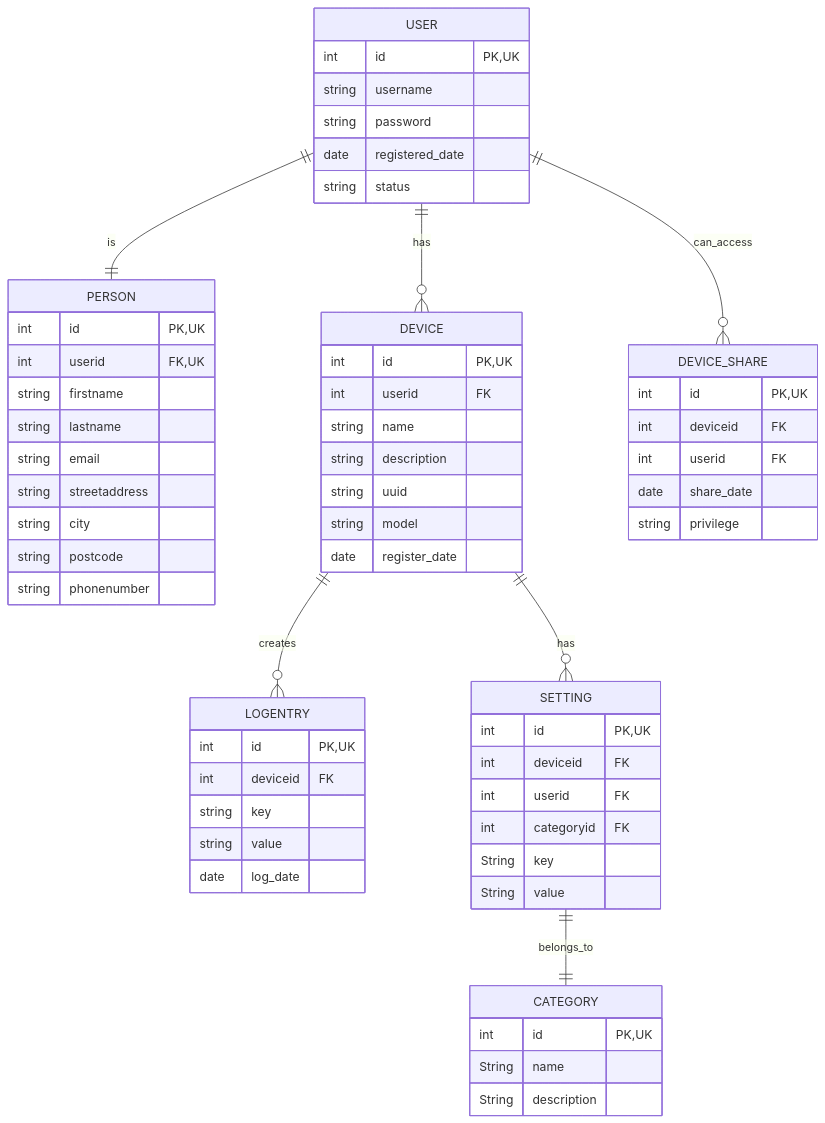
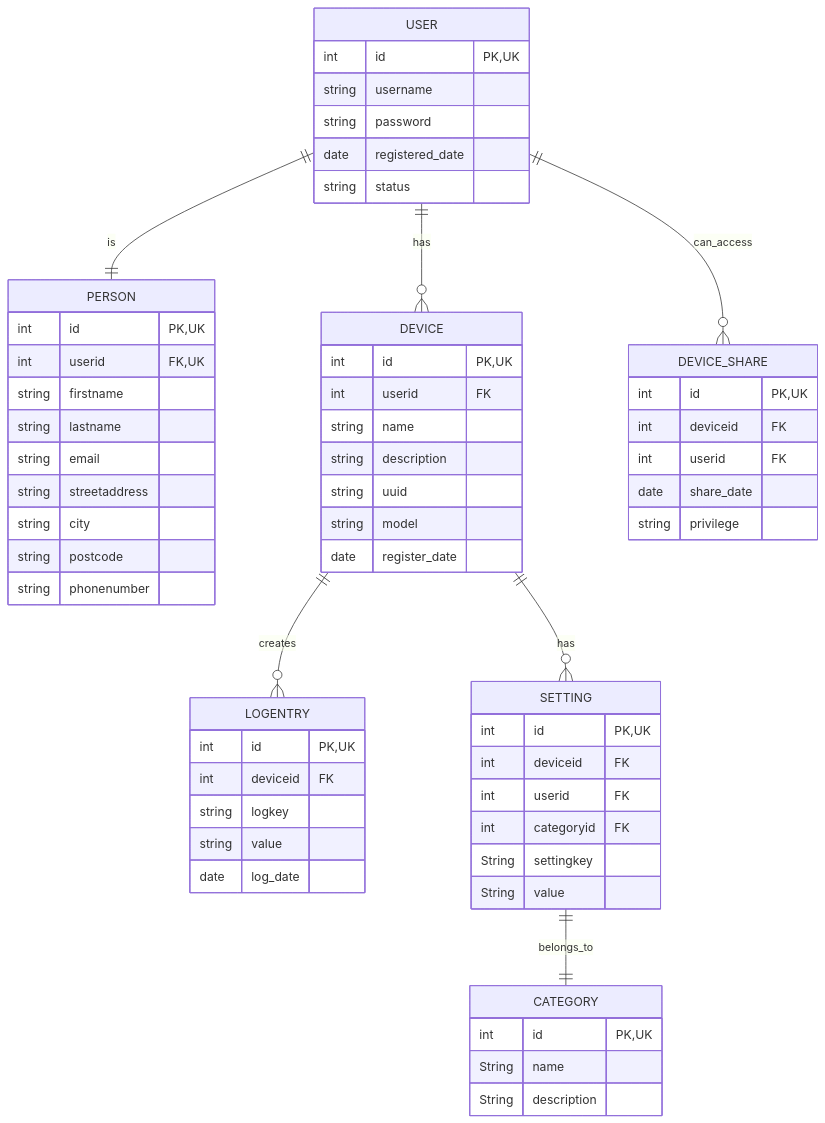
Before and after one commit to 0x6A4B/OTP1: the diagram in docs/diagrams/db.md, drawn with Mermaid.

````diff
--- a/docs/diagrams/db.md
+++ b/docs/diagrams/db.md
@@ -1,71 +1,71 @@
 ```mermaid
 
 erDiagram
     USER 1--1 PERSON : is
     USER 1--0+ DEVICE : has
     DEVICE 1--0+ LOGENTRY : creates
     USER 1--0+ DEVICE_SHARE : can_access
     DEVICE 1--0+ SETTING : has
     SETTING 1--1 CATEGORY : belongs_to
 
     USER {
         int id PK,UK
         string username
         string password
         date registered_date
         string status
     }
 
     PERSON {
         int id PK,UK
         int userid FK,UK
         string firstname
         string lastname
         string email
         string streetaddress
         string city
         string postcode
         string phonenumber
     }
 
     DEVICE {
         int id PK,UK
         int userid FK 
         string name
         string description
         string uuid
         string model
         date register_date
     }
 
     LOGENTRY {
         int id PK,UK
         int deviceid FK
-        string key
+        string logkey
         string value
         date log_date
     }
 
     DEVICE_SHARE {
         int id PK,UK
         int deviceid FK
         int userid FK
         date share_date
         string privilege
     }
 
     SETTING {
         int id PK,UK
         int deviceid FK
         int userid FK
         int categoryid FK
-        String key
+        String settingkey
         String value
     }
 
     CATEGORY {
         int id PK,UK
         String name
         String description
     }
 ```
````
